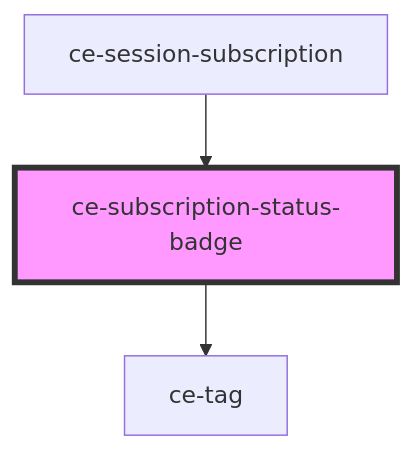
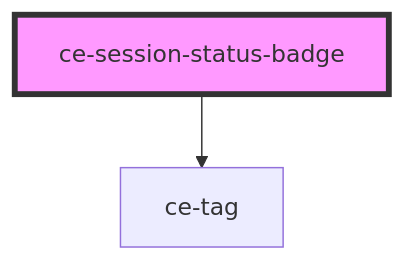
The diagram in packages/components/src/components/ui/session-status-badge/readme.md (surecart/surecart-wp-plugin), drawn with Mermaid before and after one commit. The commit also changed other lines of this file and 24 other files, not shown here.

````diff
--- a/packages/components/src/components/ui/session-status-badge/readme.md
+++ b/packages/components/src/components/ui/session-status-badge/readme.md
@@ -29,6 +25,5 @@
 ```mermaid
 graph TD;
-  ce-subscription-status-badge --> ce-tag
-  ce-session-subscription --> ce-subscription-status-badge
-  style ce-subscription-status-badge fill:#f9f,stroke:#333,stroke-width:4px
+  ce-session-status-badge --> ce-tag
+  style ce-session-status-badge fill:#f9f,stroke:#333,stroke-width:4px
 ```
````
